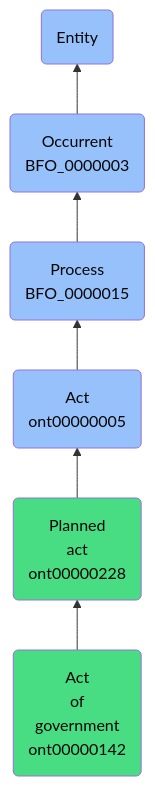
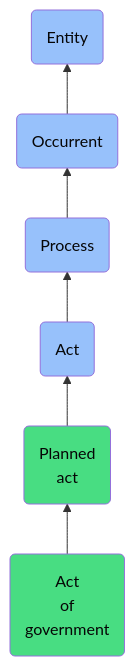
The diagram in docs/ontology/reference/model/Entity/Occurrent/Process/Act/Planned act/Act of government/Act of government.md (jupyter-naas/abi), drawn with Mermaid before and after one commit. The commit also changed other lines of this file and 1430 other files, not shown here.

````diff
--- a/docs/ontology/reference/model/Entity/Occurrent/Process/Act/Planned act/Act of government/Act of government.md
+++ b/docs/ontology/reference/model/Entity/Occurrent/Process/Act/Planned act/Act of government/Act of government.md
@@ -24,13 +24,13 @@
 ```mermaid
 graph BT
-    ont00000142(Act<br>of<br>government<br>ont00000142):::ABI-->ont00000228
-    ont00000228(Planned<br>act<br>ont00000228):::ABI-->ont00000005
-    ont00000005(Act<br>ont00000005):::BFO-->BFO_0000015
-    BFO_0000015(Process<br>BFO_0000015):::BFO-->BFO_0000003
-    BFO_0000003(Occurrent<br>BFO_0000003):::BFO-->BFO_0000001
+    ont00000142(Act<br>of<br>government):::ABI-->ont00000228
+    ont00000228(Planned<br>act):::ABI-->ont00000005
+    ont00000005(Act):::BFO-->BFO_0000015
+    BFO_0000015(Process):::BFO-->BFO_0000003
+    BFO_0000003(Occurrent):::BFO-->BFO_0000001
     BFO_0000001(Entity):::BFO
     
     classDef BFO fill:#97c1fb,color:#060606
     classDef CCO fill:#e4c51e,color:#060606
     classDef ABI fill:#48DD82,color:#060606
 ```
````
